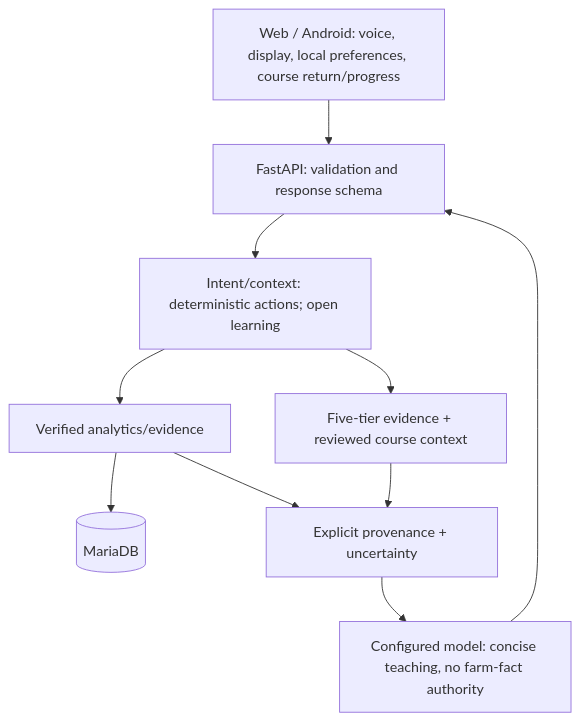
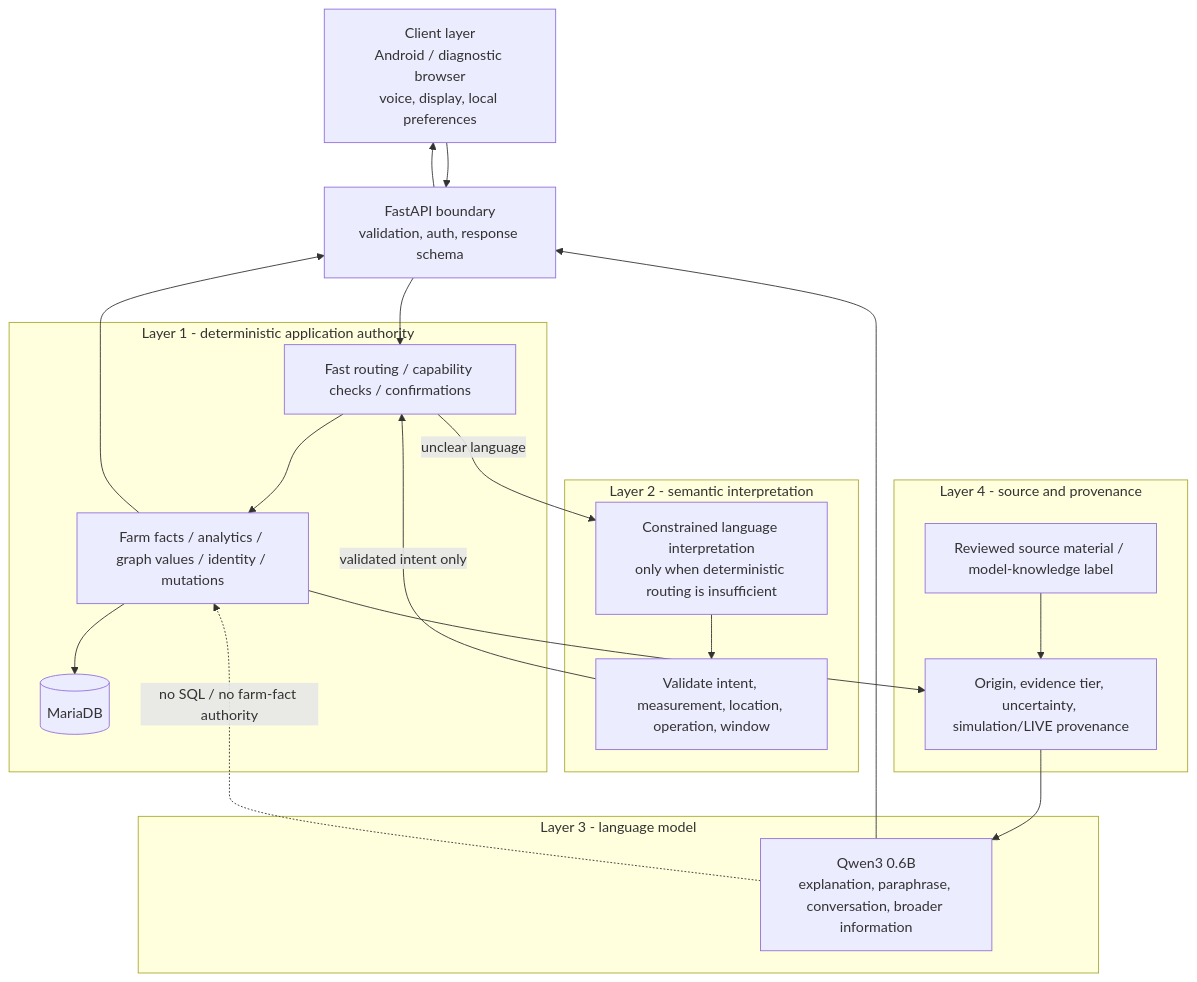
Before and after one commit to w0rmy/farmpi: the diagram in docs/diagrams/layered-boundaries.mmd, drawn with Mermaid.

Commit message:
Replace stale learning boundary diagram with current four-layer architecture

```diff
--- a/docs/diagrams/layered-boundaries.mmd
+++ b/docs/diagrams/layered-boundaries.mmd
@@ -1,13 +1,37 @@
 flowchart TB
-  UI[Web / Android: voice, display, local preferences, course return/progress]
-  API[FastAPI: validation and response schema]
-  ROUTE[Intent/context: deterministic actions; open learning]
-  DATA[Verified analytics/evidence]
-  SOURCES[Five-tier evidence + reviewed course context]
-  PROV[Explicit provenance + uncertainty]
-  DB[(MariaDB)]
-  LLM[Configured model: concise teaching, no farm-fact authority]
-  UI --> API --> ROUTE --> DATA --> DB
-  ROUTE --> SOURCES
-  DATA --> PROV --> LLM --> API
-  SOURCES --> PROV
+  UI[Client layer<br/>Android / diagnostic browser<br/>voice, display, local preferences]
+  API[FastAPI boundary<br/>validation, auth, response schema]
+
+  subgraph L1[Layer 1 - deterministic application authority]
+    ROUTE[Fast routing / capability checks / confirmations]
+    DATA[Farm facts / analytics / graph values / identity / mutations]
+    DB[(MariaDB)]
+    ROUTE --> DATA --> DB
+  end
+
+  subgraph L2[Layer 2 - semantic interpretation]
+    SEM[Constrained language interpretation<br/>only when deterministic routing is insufficient]
+    VAL[Validate intent, measurement, location, operation, window]
+    SEM --> VAL
+  end
+
+  subgraph L3[Layer 3 - language model]
+    LLM[Qwen3 0.6B<br/>explanation, paraphrase, conversation, broader information]
+  end
+
+  subgraph L4[Layer 4 - source and provenance]
+    SRC[Reviewed source material / model-knowledge label]
+    PROV[Origin, evidence tier, uncertainty, simulation/LIVE provenance]
+    SRC --> PROV
+  end
+
+  UI --> API --> ROUTE
+  ROUTE -->|unclear language| SEM
+  VAL -->|validated intent only| ROUTE
+  DATA --> PROV
+  PROV --> LLM
+  LLM --> API
+  DATA --> API
+  API --> UI
+
+  LLM -. no SQL / no farm-fact authority .-> DATA
```
